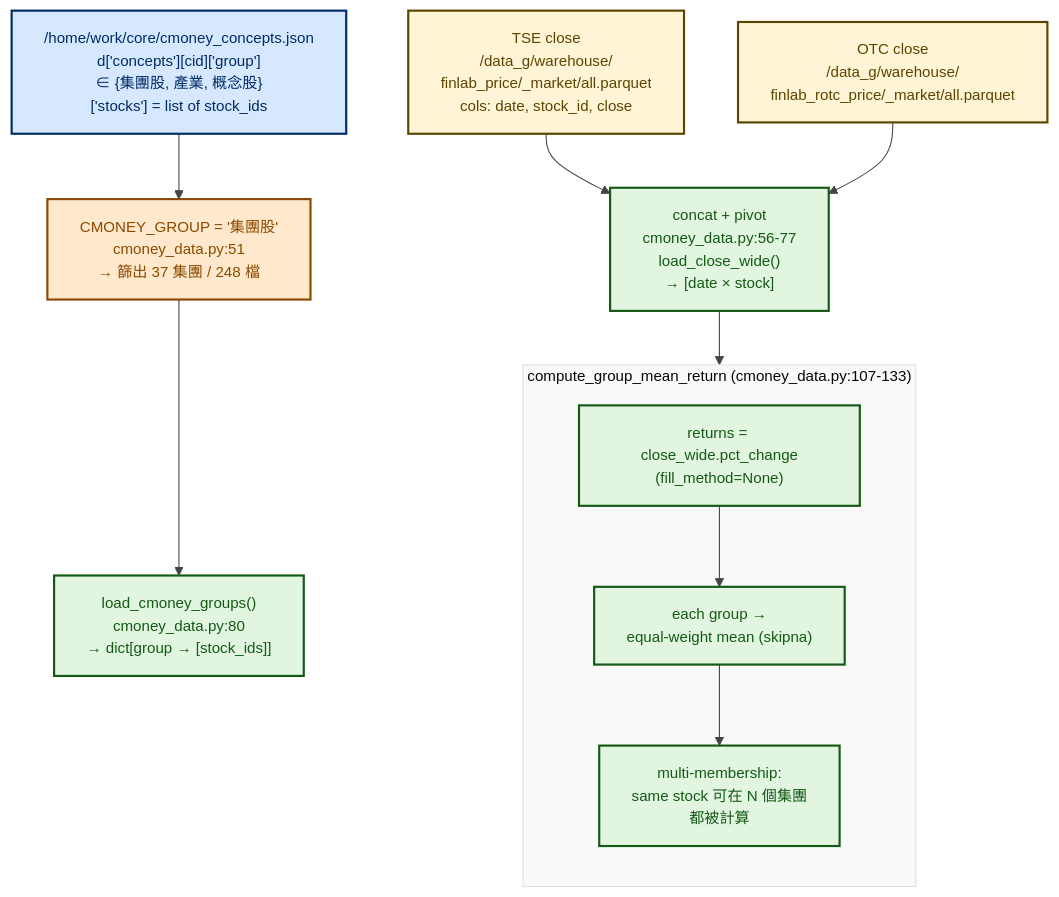
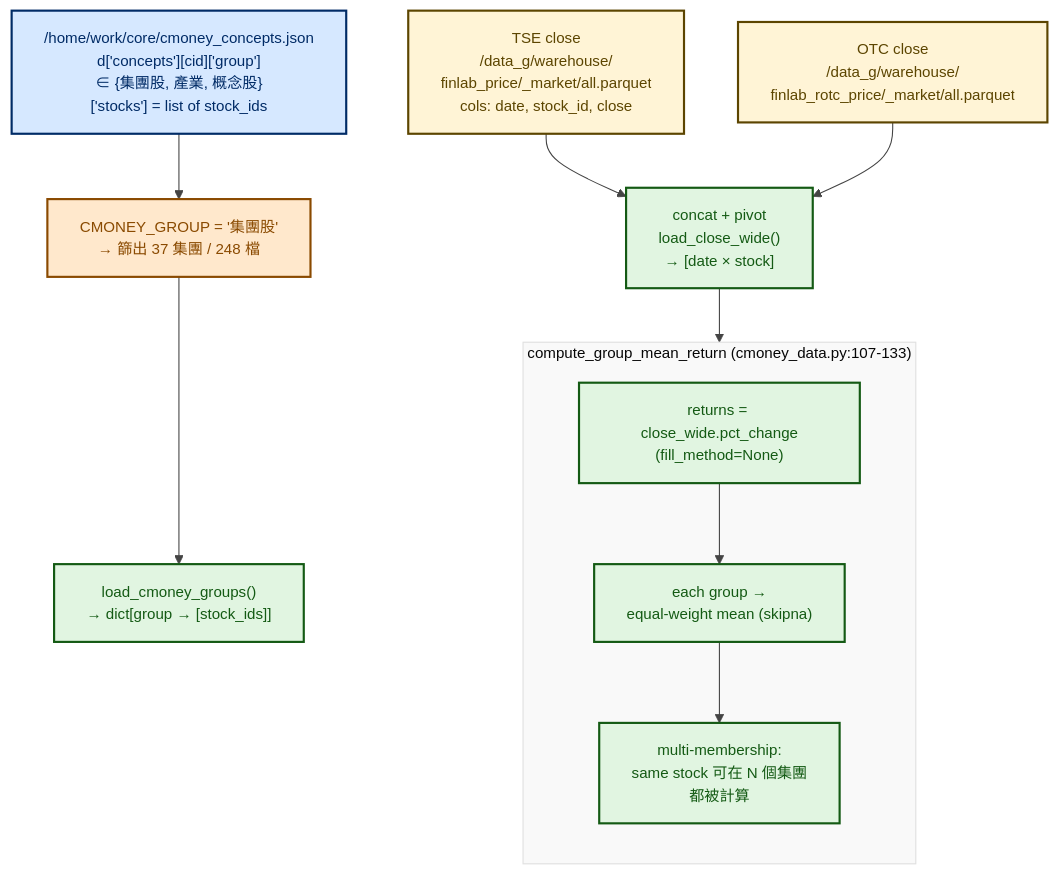
The third of 7 diagrams in flowcharts/market_risk_studies/industry_rotation_risk.md (Jang-jhih/quant-interview-prep), drawn with Mermaid before and after one commit. The commit also changed other lines of this file and 12 other files, not shown here.

````diff
--- a/flowcharts/market_risk_studies/industry_rotation_risk.md
+++ b/flowcharts/market_risk_studies/industry_rotation_risk.md
@@ -109,33 +109,33 @@
 ```mermaid
 %%{init: {'theme':'base', 'themeVariables': {'primaryColor':'#ececec','primaryTextColor':'#1a1a1a','primaryBorderColor':'#666666','lineColor':'#444444','secondaryColor':'#f4f4f4','fontSize':'14px'}}}%%
 flowchart TB
     classDef source fill:#d6e8ff,stroke:#002b66,stroke-width:2px,color:#002b66
     classDef transform fill:#e1f5e1,stroke:#145a14,stroke-width:2px,color:#145a14
     classDef warehouse fill:#fff4d6,stroke:#5c4500,stroke-width:2px,color:#5c4500
     classDef decision fill:#ffe8cc,stroke:#8a4a00,stroke-width:2px,color:#8a4a00
 
     JSON["/home/work/core/cmoney_concepts.json<br/>d['concepts'][cid]['group']<br/>∈ {集團股, 產業, 概念股}<br/>['stocks'] = list of stock_ids"]:::source
-    FILTER["CMONEY_GROUP = '集團股'<br/>cmoney_data.py:51<br/>→ 篩出 37 集團 / 248 檔"]:::decision
+    FILTER["CMONEY_GROUP = '集團股'<br/>→ 篩出 37 集團 / 248 檔"]:::decision
     TSE["TSE close<br/>/data_g/warehouse/<br/>finlab_price/_market/all.parquet<br/>cols: date, stock_id, close"]:::warehouse
     OTC["OTC close<br/>/data_g/warehouse/<br/>finlab_rotc_price/_market/all.parquet"]:::warehouse
-    CONCAT["concat + pivot<br/>cmoney_data.py:56-77<br/>load_close_wide()<br/>→ [date × stock]"]:::transform
-    MAP["load_cmoney_groups()<br/>cmoney_data.py:80<br/>→ dict[group → [stock_ids]]"]:::transform
+    CONCAT["concat + pivot<br/>load_close_wide()<br/>→ [date × stock]"]:::transform
+    MAP["load_cmoney_groups()<br/>→ dict[group → [stock_ids]]"]:::transform
 
     JSON --> FILTER --> MAP
     TSE --> CONCAT
     OTC --> CONCAT
     CONCAT --> GRPMEAN
 
     subgraph GRPMEAN["compute_group_mean_return  (cmoney_data.py:107-133)"]
         direction TB
         RET["returns = close_wide.pct_change<br/>(fill_method=None)"]:::transform
         MEAN["each group →<br/>equal-weight mean (skipna)"]:::transform
         MULTI["multi-membership:<br/>same stock 可在 N 個集團<br/>都被計算"]:::transform
         RET --> MEAN --> MULTI
     end
 
     class JSON source
     class TSE,OTC warehouse
     class FILTER decision
     class CONCAT,MAP,RET,MEAN,MULTI transform
 ```
````
